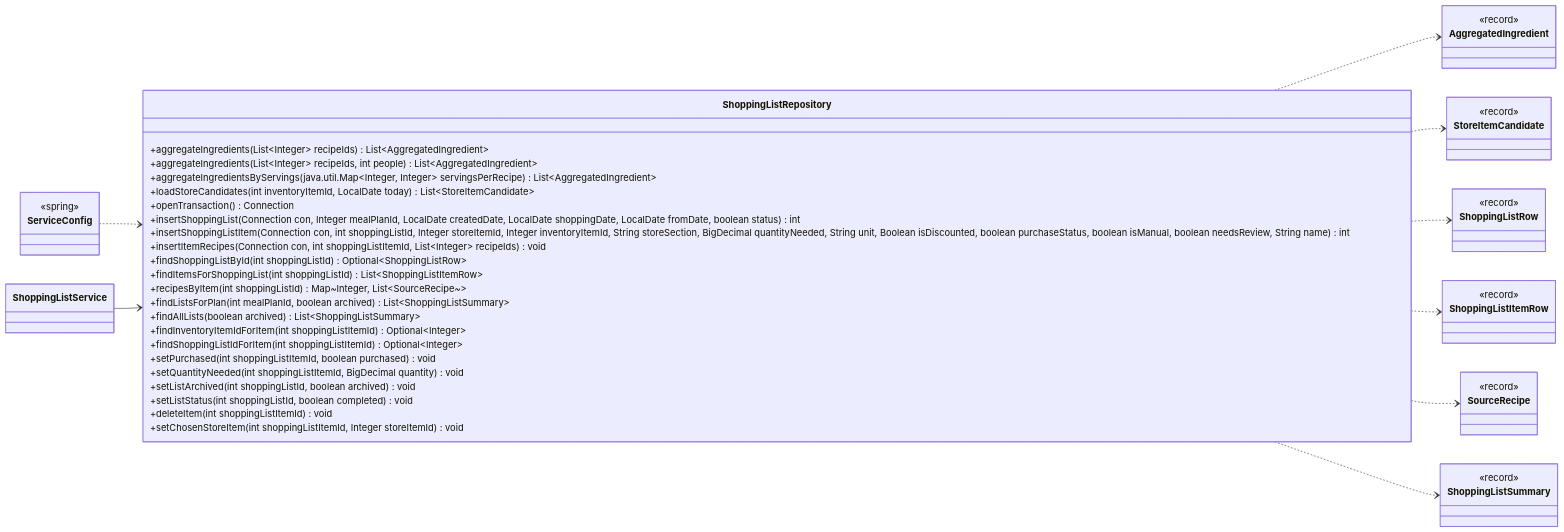
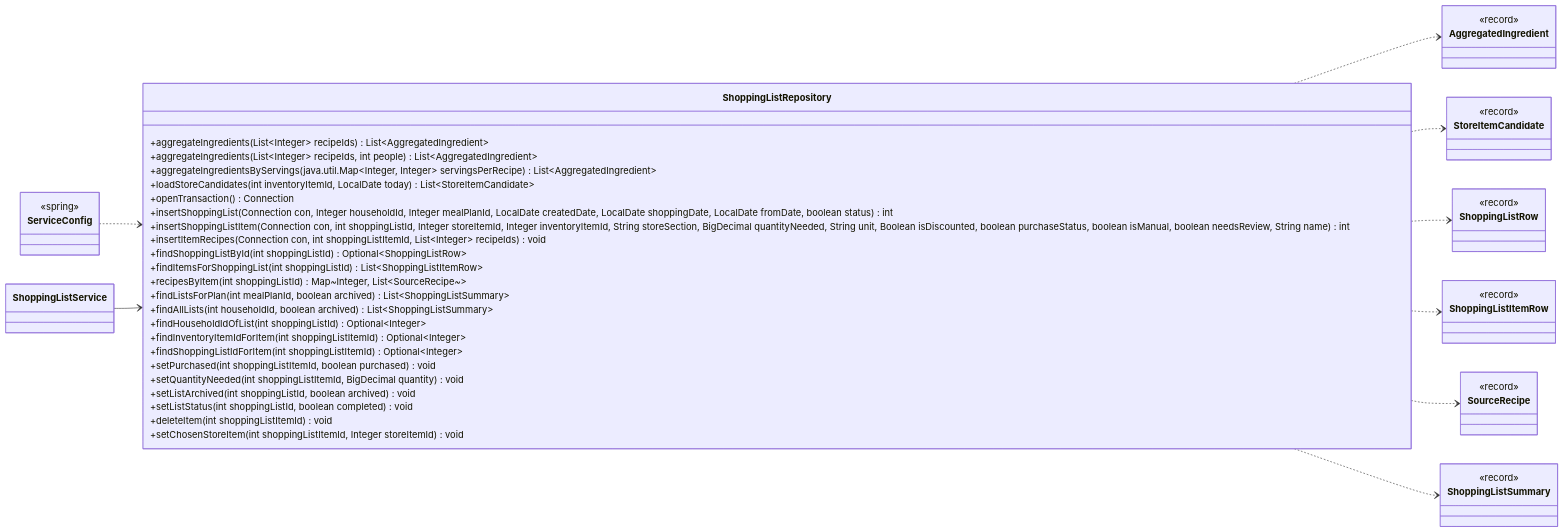
The tenth of 17 diagrams in docs/classes/shopping.md (Nate-ryan-7690/dahaem), drawn with Mermaid before and after one commit. The commit also changed other lines of this file and 2 other files, not shown here.

````diff
--- a/docs/classes/shopping.md
+++ b/docs/classes/shopping.md
@@ -433,57 +433,58 @@
 ```mermaid
 classDiagram
     direction LR
     class shopping_ShoppingListRepository["ShoppingListRepository"] {
         +aggregateIngredients(List~Integer~ recipeIds) List~AggregatedIngredient~
         +aggregateIngredients(List~Integer~ recipeIds, int people) List~AggregatedIngredient~
         +aggregateIngredientsByServings(java.util.Map~Integer, Integer~ servingsPerRecipe) List~AggregatedIngredient~
         +loadStoreCandidates(int inventoryItemId, LocalDate today) List~StoreItemCandidate~
         +openTransaction() Connection
-        +insertShoppingList(Connection con, Integer mealPlanId, LocalDate createdDate, LocalDate shoppingDate, LocalDate fromDate, boolean status) int
+        +insertShoppingList(Connection con, Integer householdId, Integer mealPlanId, LocalDate createdDate, LocalDate shoppingDate, LocalDate fromDate, boolean status) int
         +insertShoppingListItem(Connection con, int shoppingListId, Integer storeItemId, Integer inventoryItemId, String storeSection, BigDecimal quantityNeeded, String unit, Boolean isDiscounted, boolean purchaseStatus, boolean isManual, boolean needsReview, String name) int
         +insertItemRecipes(Connection con, int shoppingListItemId, List~Integer~ recipeIds) void
         +findShoppingListById(int shoppingListId) Optional~ShoppingListRow~
         +findItemsForShoppingList(int shoppingListId) List~ShoppingListItemRow~
         +recipesByItem(int shoppingListId) Map~Integer, List~SourceRecipe~~
         +findListsForPlan(int mealPlanId, boolean archived) List~ShoppingListSummary~
-        +findAllLists(boolean archived) List~ShoppingListSummary~
+        +findAllLists(int householdId, boolean archived) List~ShoppingListSummary~
+        +findHouseholdIdOfList(int shoppingListId) Optional~Integer~
         +findInventoryItemIdForItem(int shoppingListItemId) Optional~Integer~
         +findShoppingListIdForItem(int shoppingListItemId) Optional~Integer~
         +setPurchased(int shoppingListItemId, boolean purchased) void
         +setQuantityNeeded(int shoppingListItemId, BigDecimal quantity) void
         +setListArchived(int shoppingListId, boolean archived) void
         +setListStatus(int shoppingListId, boolean completed) void
         +deleteItem(int shoppingListItemId) void
         +setChosenStoreItem(int shoppingListItemId, Integer storeItemId) void
     }
     class shopping_ShoppingListService["ShoppingListService"]
     class shopping_AggregatedIngredient["AggregatedIngredient"] {
         <<record>>
     }
     class shopping_StoreItemCandidate["StoreItemCandidate"] {
         <<record>>
     }
     class shopping_ShoppingListRow["ShoppingListRow"] {
         <<record>>
     }
     class shopping_ShoppingListItemRow["ShoppingListItemRow"] {
         <<record>>
     }
     class shopping_SourceRecipe["SourceRecipe"] {
         <<record>>
     }
     class shopping_ShoppingListSummary["ShoppingListSummary"] {
         <<record>>
     }
     class api_ServiceConfig["ServiceConfig"] {
         <<spring>>
     }
     shopping_ShoppingListRepository ..> shopping_AggregatedIngredient
     shopping_ShoppingListRepository ..> shopping_StoreItemCandidate
     shopping_ShoppingListRepository ..> shopping_ShoppingListRow
     shopping_ShoppingListRepository ..> shopping_ShoppingListItemRow
     shopping_ShoppingListRepository ..> shopping_SourceRecipe
     shopping_ShoppingListRepository ..> shopping_ShoppingListSummary
     api_ServiceConfig ..> shopping_ShoppingListRepository
     shopping_ShoppingListService --> shopping_ShoppingListRepository
 ```
````
